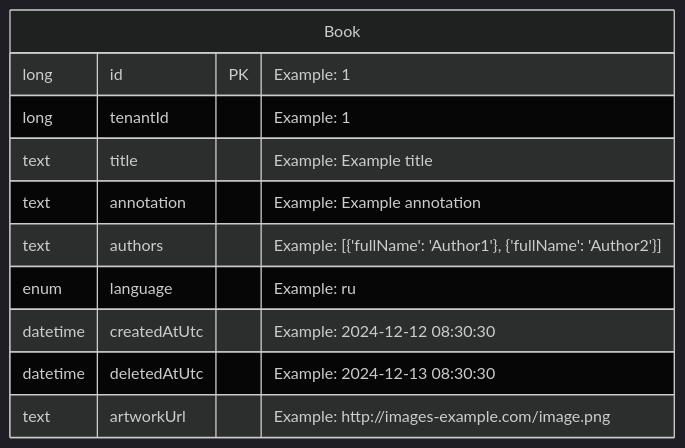
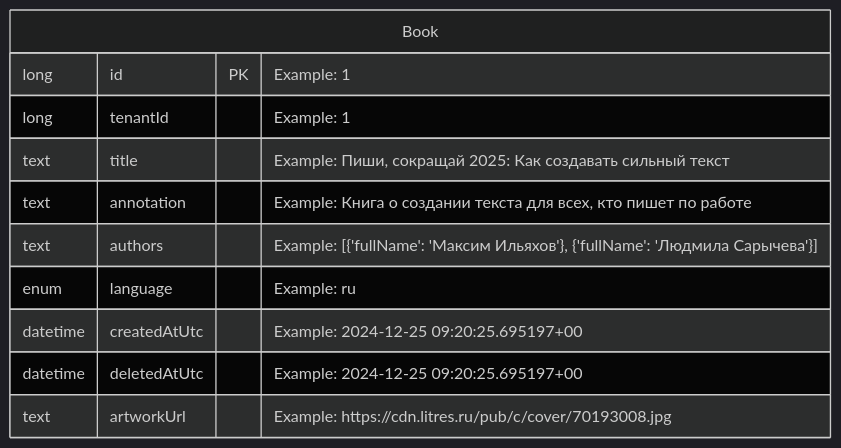
Before and after one commit to TourmalineCore/inner-circle-books-api: the diagram in README.md, drawn with Mermaid (dark theme).

Commit message:
chore: make the examples real

````diff
--- a/README.md
+++ b/README.md
@@ -4,14 +4,14 @@
 ```mermaid
 erDiagram
 Book{
   long id PK "Example: 1"
   long tenantId "Example: 1"
-  text title "Example: Example title" 
-  text annotation "Example: Example annotation"
-  text authors "Example: [{'fullName': 'Author1'}, {'fullName': 'Author2'}]"
+  text title "Example: Пиши, сокращай 2025: Как создавать сильный текст" 
+  text annotation "Example: Книга о создании текста для всех, кто пишет по работе"
+  text authors "Example: [{'fullName': 'Максим Ильяхов'}, {'fullName': 'Людмила Сарычева'}]"
   enum language "Example: ru"
-  datetime createdAtUtc "Example: 2024-12-12 08:30:30"
-  datetime deletedAtUtc "Example: 2024-12-13 08:30:30"
-  text artworkUrl "Example: http://images-example.com/image.png"
+  datetime createdAtUtc "Example: 2024-12-25 09:20:25.695197+00"
+  datetime deletedAtUtc "Example: 2024-12-25 09:20:25.695197+00"
+  text artworkUrl "Example: https://cdn.litres.ru/pub/c/cover/70193008.jpg"
 }
 ```
````
